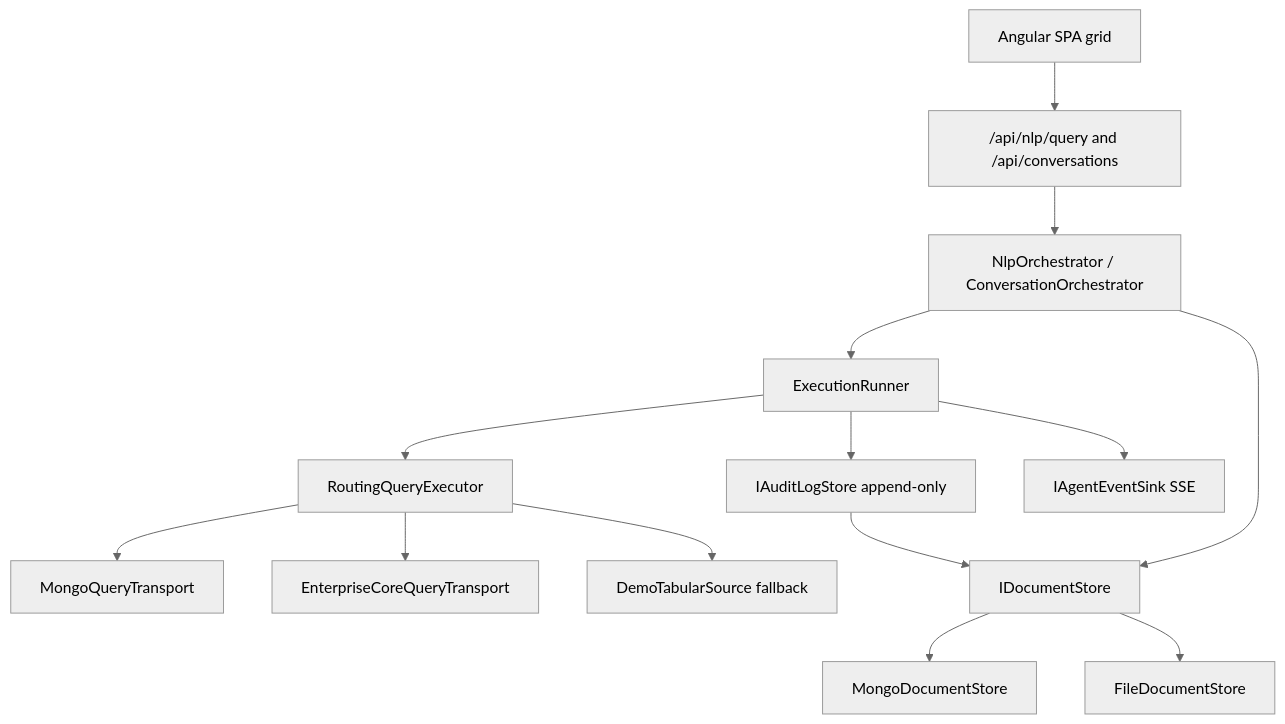
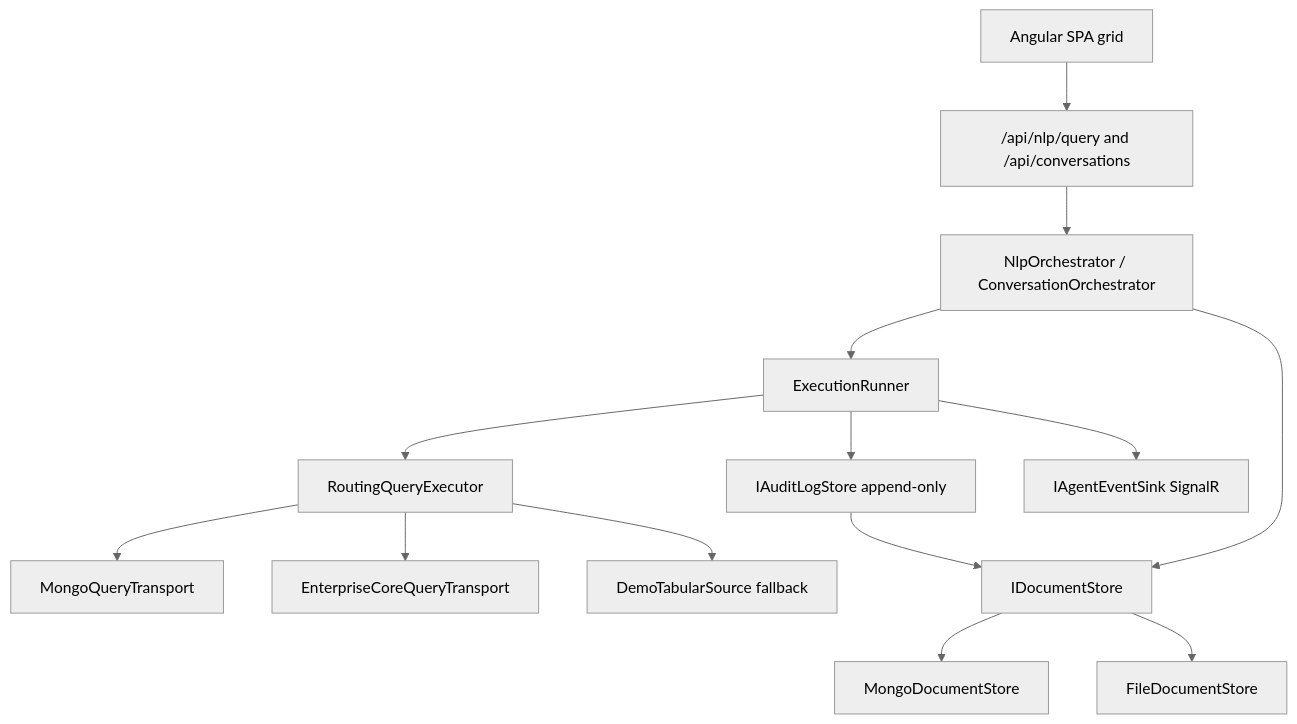
Before and after one commit to bikash-dotnet/MultiAgent-Mongo-NLP: the diagram in docs/superpowers/specs/2026-09-28-sprint-6-execution-audit-design.md, drawn with Mermaid (neutral theme). The commit also changed other lines of this file and 18 other files, not shown here.

First line of the commit message:
docs: replace SSE references with SignalR

````diff
--- a/docs/superpowers/specs/2026-09-28-sprint-6-execution-audit-design.md
+++ b/docs/superpowers/specs/2026-09-28-sprint-6-execution-audit-design.md
@@ -96,16 +96,16 @@
 ```mermaid
 graph TD
     SPA["Angular SPA grid"] --> API["/api/nlp/query and /api/conversations"]
     API --> ORCH["NlpOrchestrator / ConversationOrchestrator"]
     ORCH --> RUNNER["ExecutionRunner"]
     RUNNER --> ROUTER["RoutingQueryExecutor"]
     ROUTER --> MONGO["MongoQueryTransport"]
     ROUTER --> REST["EnterpriseCoreQueryTransport"]
     ROUTER --> DEMO["DemoTabularSource fallback"]
     RUNNER --> AUDIT["IAuditLogStore append-only"]
     ORCH --> DOC["IDocumentStore"]
     DOC --> MDBS["MongoDocumentStore"]
     DOC --> FILE["FileDocumentStore"]
     AUDIT --> DOC
-    RUNNER --> EVENTS["IAgentEventSink SSE"]
+    RUNNER --> EVENTS["IAgentEventSink SignalR"]
 ```
````
